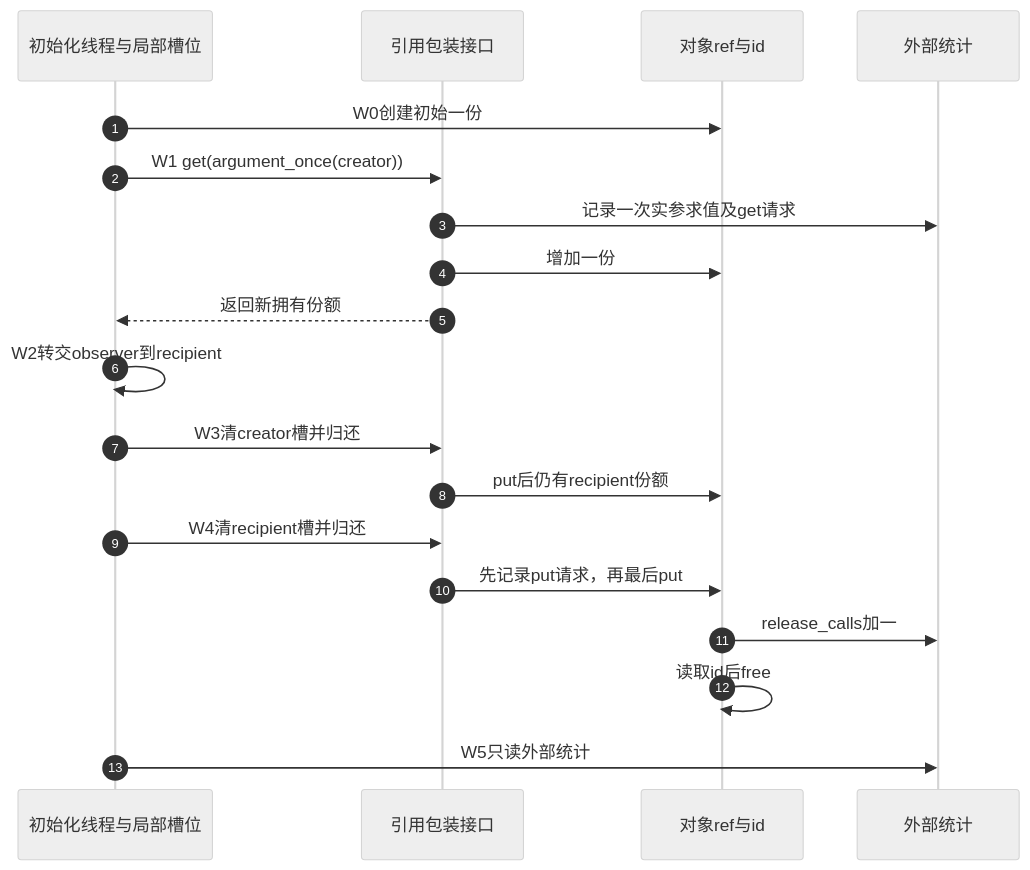
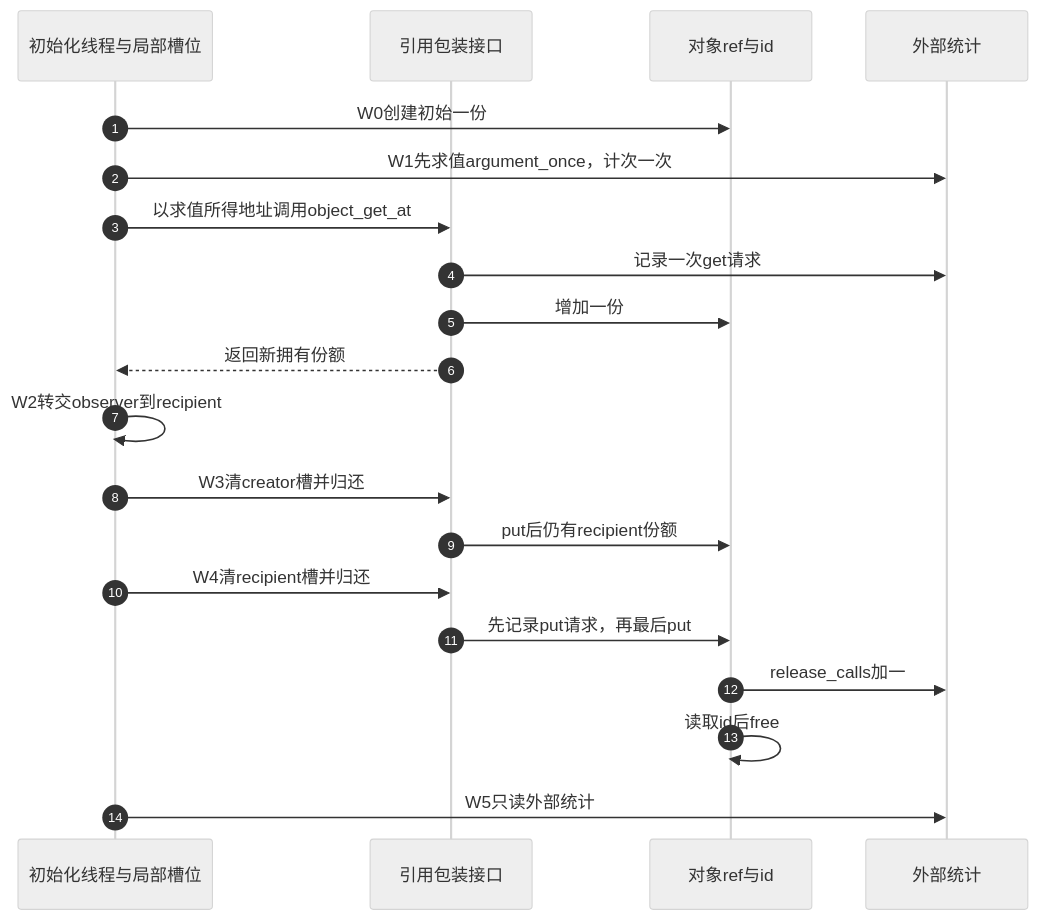
Before and after one commit to FormingSystem/linux_note: the second of 2 diagrams in knowledge/linux/object_lifetime/kref/P29_引用封装与调试责任模板.md, drawn with Mermaid (neutral theme). The commit also changed other lines of this file, not shown here.

````diff
--- a/knowledge/linux/object_lifetime/kref/P29_引用封装与调试责任模板.md
+++ b/knowledge/linux/object_lifetime/kref/P29_引用封装与调试责任模板.md
@@ -157,21 +157,22 @@
 ```mermaid
 sequenceDiagram
     autonumber
     participant I as 初始化线程与局部槽位
     participant A as 引用包装接口
     participant O as 对象ref与id
     participant S as 外部统计
     I->>O: W0创建初始一份
-    I->>A: W1 get(argument_once(creator))
-    A->>S: 记录一次实参求值及get请求
+    I->>S: W1先求值argument_once，计次一次
+    I->>A: 以求值所得地址调用object_get_at
+    A->>S: 记录一次get请求
     A->>O: 增加一份
     A-->>I: 返回新拥有份额
     I->>I: W2转交observer到recipient
     I->>A: W3清creator槽并归还
     A->>O: put后仍有recipient份额
     I->>A: W4清recipient槽并归还
     A->>O: 先记录put请求，再最后put
     O->>S: release_calls加一
     O->>O: 读取id后free
     I->>S: W5只读外部统计
 ```
````
